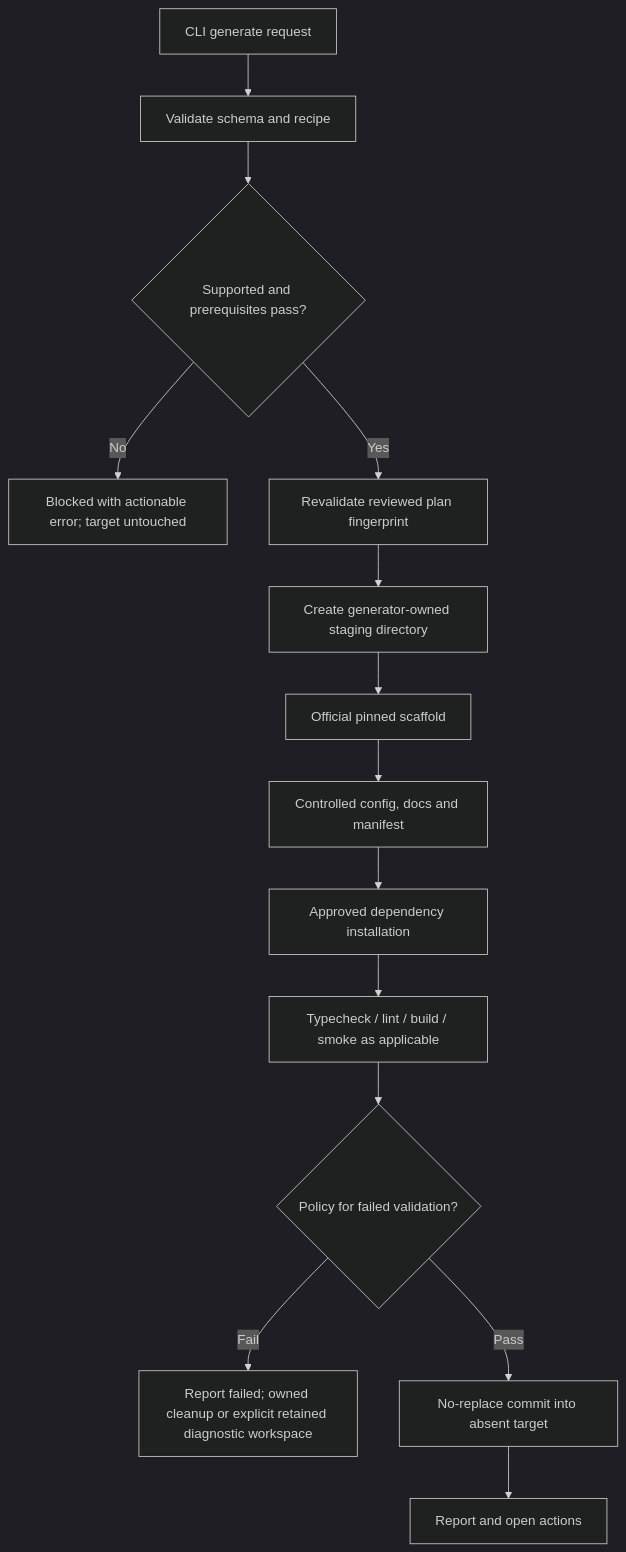
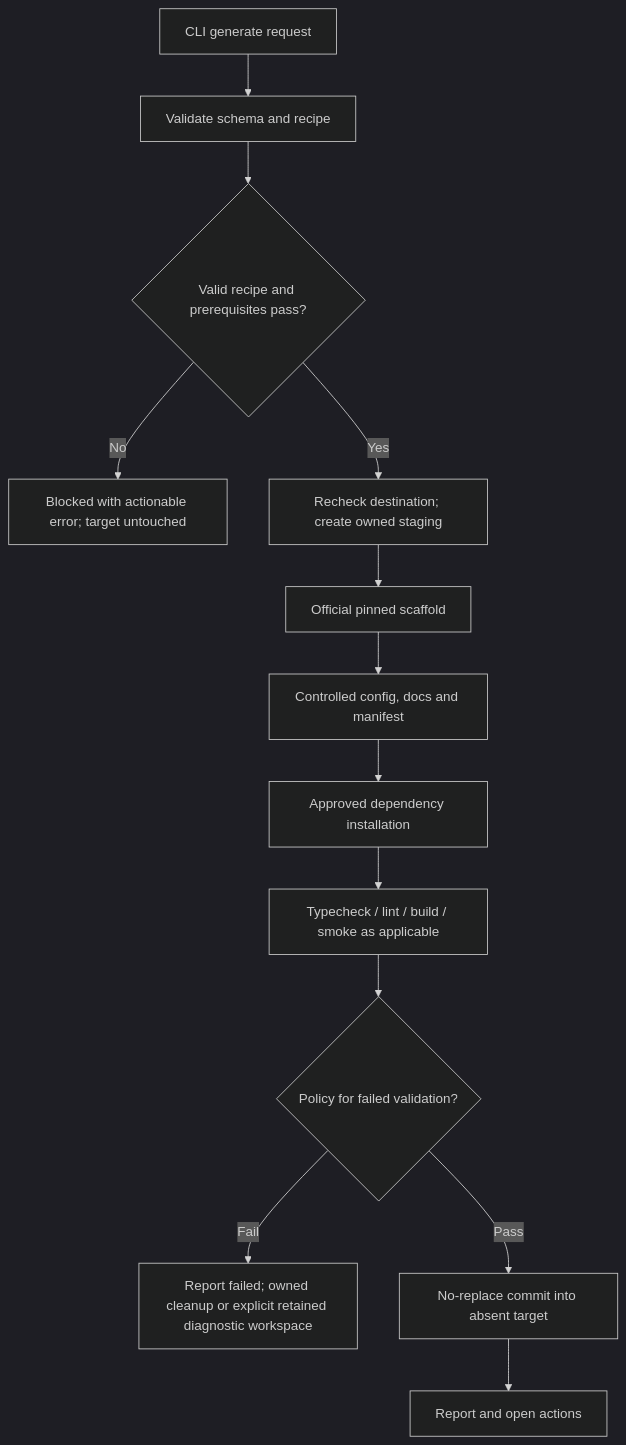
One commit to dzulfikarq/project-generator changed the second of 2 diagrams in docs/ARCHITECTURE.md. Above: the diagram before and after it, drawn with Mermaid (dark theme). The commit also changed other lines of this file and 12 other files, not shown here.

````diff
--- a/docs/ARCHITECTURE.md
+++ b/docs/ARCHITECTURE.md
@@ -135,16 +139,15 @@
 ```mermaid
 flowchart TD
     Start[CLI generate request] --> Validate[Validate schema and recipe]
-    Validate --> Check{Supported and prerequisites pass?}
+    Validate --> Check{Valid recipe and prerequisites pass?}
     Check -- No --> Block[Blocked with actionable error; target untouched]
-    Check -- Yes --> Review[Revalidate reviewed plan fingerprint]
-    Review --> Stage[Create generator-owned staging directory]
+    Check -- Yes --> Stage[Recheck destination; create owned staging]
     Stage --> Scaffold[Official pinned scaffold]
     Scaffold --> Configure[Controlled config, docs and manifest]
     Configure --> Install[Approved dependency installation]
     Install --> Verify[Typecheck / lint / build / smoke as applicable]
     Verify --> Decision{Policy for failed validation?}
     Decision -- Fail --> KeepStage[Report failed; owned cleanup or explicit retained diagnostic workspace]
     Decision -- Pass --> Commit[No-replace commit into absent target]
     Commit --> Success[Report and open actions]
 ```
````
